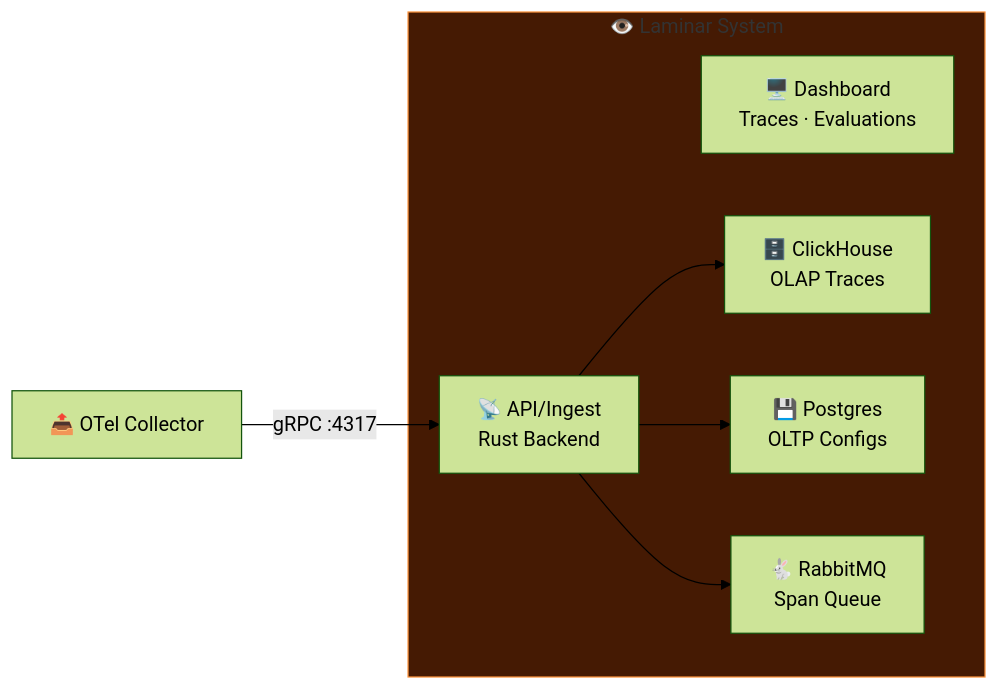
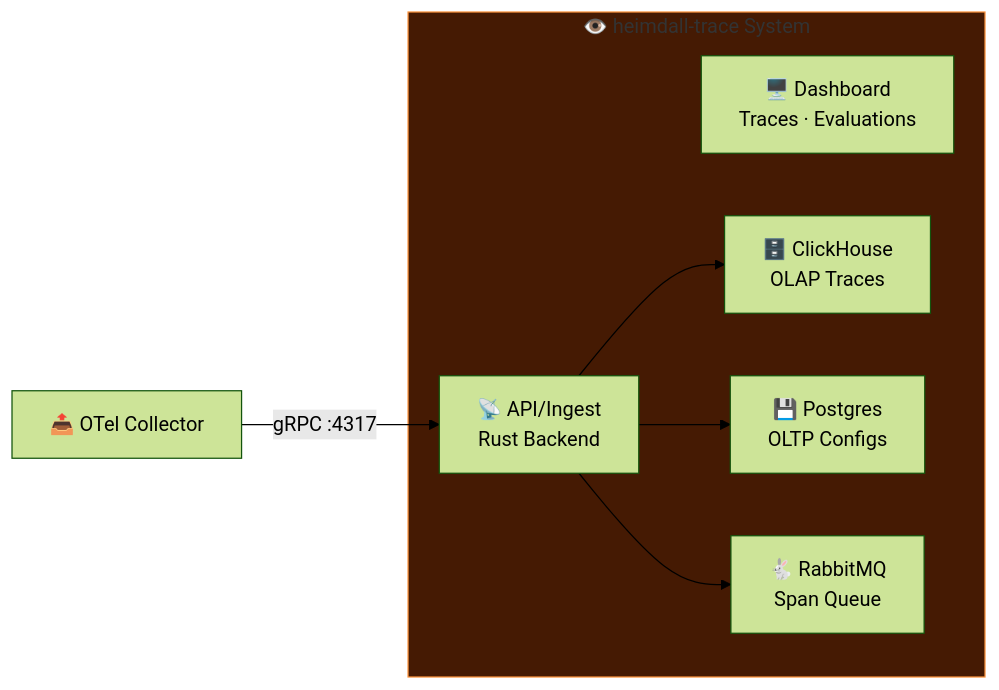
Before and after one commit to MegaWiz-Dev-Team/Asgard: the ninth of 10 diagrams in docs/architecture.md, drawn with Mermaid (forest theme). The commit also changed other lines of this file and 2 other files, not shown here.

````diff
--- a/docs/architecture.md
+++ b/docs/architecture.md
@@ -416,17 +421,17 @@
 ```mermaid
 graph LR
-    subgraph laminar["👁️ Laminar System"]
+    subgraph laminar["👁️ heimdall-trace System"]
         UI["🖥️ Dashboard<br/>Traces · Evaluations"]
         LmnrAPI["📡 API/Ingest<br/>Rust Backend"]
         ClickHouse["🗄️ ClickHouse<br/>OLAP Traces"]
         Postgres["💾 Postgres<br/>OLTP Configs"]
         RabbitMQ["🐇 RabbitMQ<br/>Span Queue"]
     end
 
     OTel["📤 OTel Collector"] --> |"gRPC :4317"| LmnrAPI
     LmnrAPI --> ClickHouse
     LmnrAPI --> Postgres
     LmnrAPI --> RabbitMQ
 
     style laminar fill:#451a03,stroke:#fb923c
 ```
````
